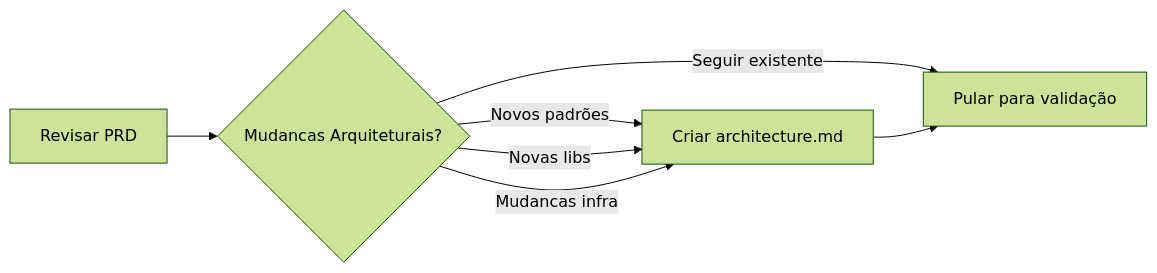
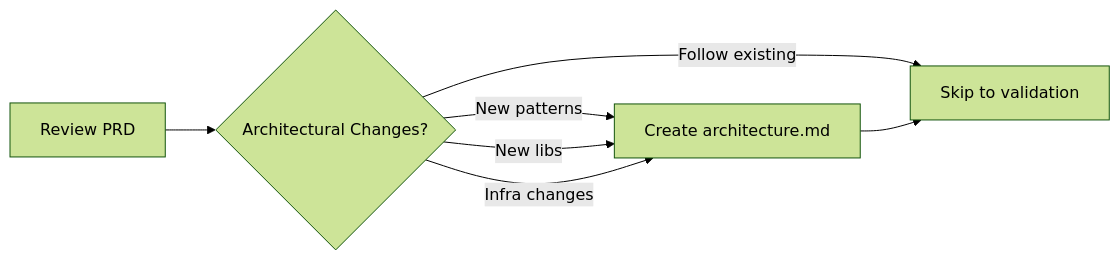
Before and after one commit to CyryxLabs/AEXOS: the fifth of 9 diagrams in docs/aexos-workflows/brownfield-fullstack-workflow.md, drawn with Mermaid (forest theme). The commit also changed other lines of this file and 528 other files, not shown here.

````diff
--- a/docs/aexos-workflows/brownfield-fullstack-workflow.md
+++ b/docs/aexos-workflows/brownfield-fullstack-workflow.md
@@ -577,9 +577,9 @@
 ```mermaid
 flowchart LR
-    A[Revisar PRD] --> B{Mudancas Arquiteturais?}
-    B -->|Novos padrões| C[Criar architecture.md]
-    B -->|Novas libs| C
-    B -->|Mudancas infra| C
-    B -->|Seguir existente| D[Pular para validação]
+    A[Review PRD] --> B{Architectural Changes?}
+    B -->|New patterns| C[Create architecture.md]
+    B -->|New libs| C
+    B -->|Infra changes| C
+    B -->|Follow existing| D[Skip to validation]
     C --> D
 ```
````
